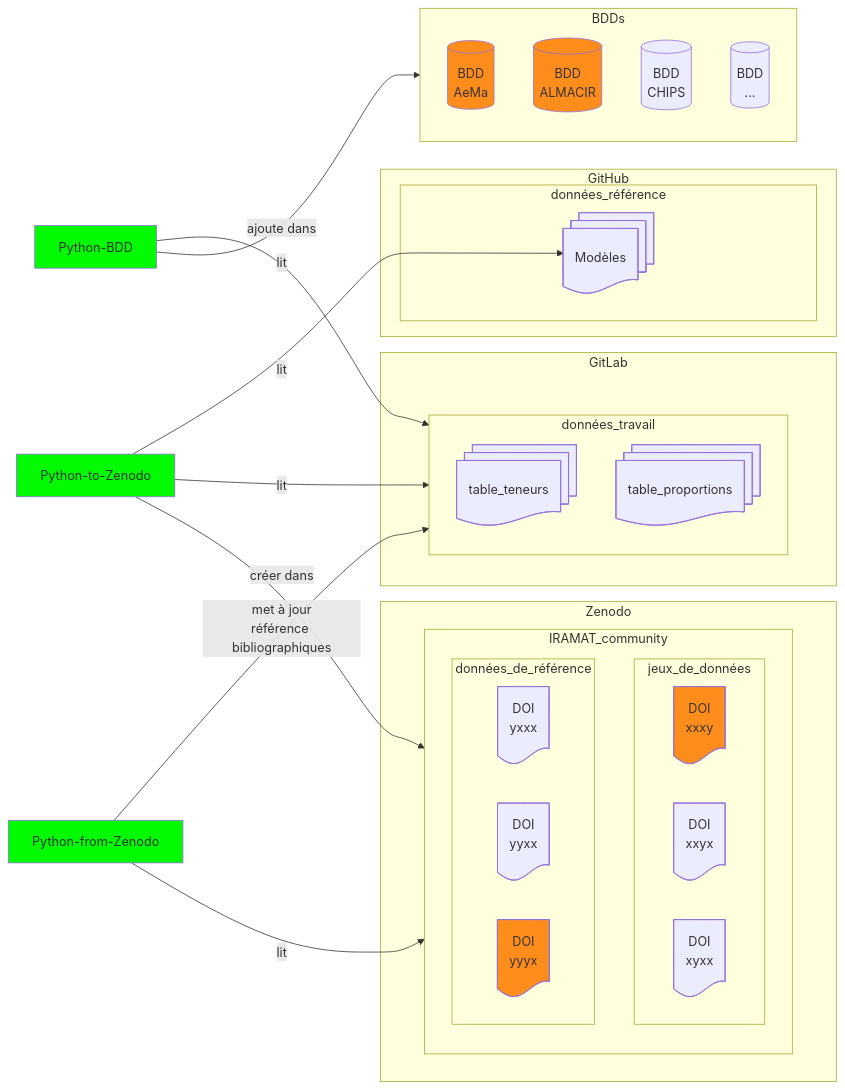
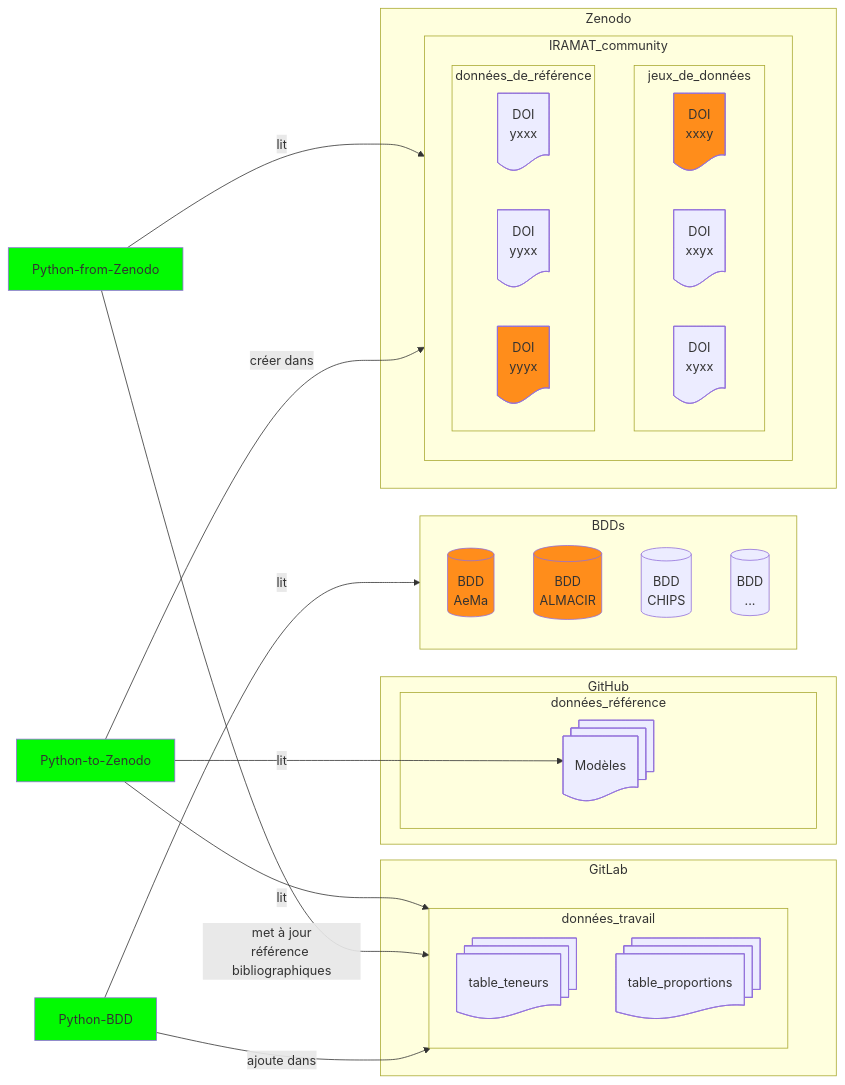
Before and after one commit to iramat/iramat-dev: the first of 2 diagrams in dbs/README.md, drawn with Mermaid. The commit also changed other lines of this file, not shown here.

````diff
--- a/dbs/README.md
+++ b/dbs/README.md
@@ -5,54 +5,54 @@
 ```mermaid
 flowchart LR
     subgraph GitLab
         subgraph données_travail
             T1@{ shape: docs, label: "table_teneurs" }
             T2@{ shape: docs, label: "table_proportions" }
         end
     end
     subgraph GitHub
         subgraph données_référence
             Mod@{ shape: docs, label: "Modèles" }
         end
     end
     PDB@{ procs: docs, label: "Python-BDD" }
     P2Z@{ procs: docs, label: "Python-to-Zenodo" }
     PfZ@{ procs: docs, label: "Python-from-Zenodo" }
     subgraph BDDs
         B[(BDD<br>AeMa)]
         H[(BDD<br>ALMACIR)]
         C[(BDD<br>CHIPS)]
         D[(BDD<br>...)]
     end
-    PDB -- ajoute dans --> données_travail;
-    P2Z -- lit --> Mod;
-    P2Z -- lit --> données_travail;
-    PfZ -- met à jour<br>référence bibliographiques--> données_travail
     subgraph Zenodo
         subgraph IRAMAT_community
             subgraph jeux_de_données
                 E@{ shape: doc, label: "DOI<br>xxxy" }
                 F@{ shape: doc, label: "DOI<br>xxyx" }
                 G@{ shape: doc, label: "DOI<br>xyxx" }
             end
             subgraph données_de_référence
                 dataref1@{ shape: doc, label: "DOI<br>yxxx" }
                 dataref2@{ shape: doc, label: "DOI<br>yyxx" }
                 dataref3@{ shape: doc, label: "DOI<br>yyyx" }
             end
         end
     end
+    P2Z -- lit --> Mod;
+    P2Z -- lit --> données_travail;
+    PfZ -- met à jour<br>référence bibliographiques--> données_travail
     PDB -- lit --> BDDs;
+    PDB -- ajoute dans --> données_travail;
     PfZ -- lit --> IRAMAT_community
     P2Z -- créer dans --> IRAMAT_community 
 
 
 click T1 "https://github.com/zoometh/iramat-test/tree/main/dbs#table_teneurs"
 style PDB fill:#02fa02
 style P2Z fill:#02fa02
 style PfZ fill:#02fa02
 style B fill:#FF8D1B
 style H fill:#FF8D1B
 style E fill:#FF8D1B
 style dataref3 fill:#FF8D1B
 ```
````
